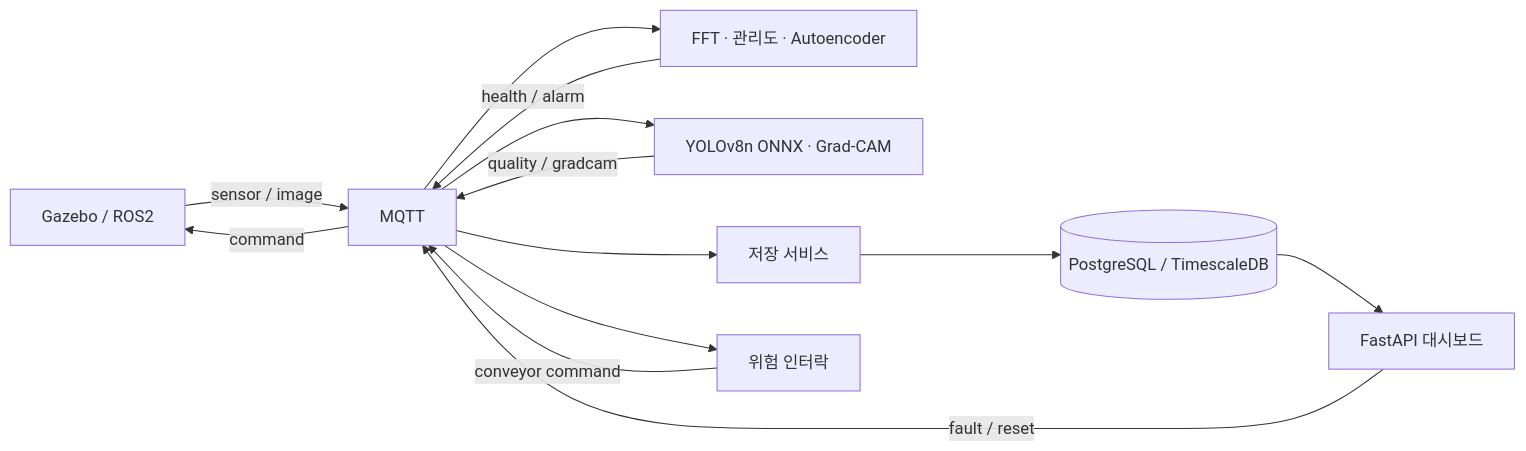
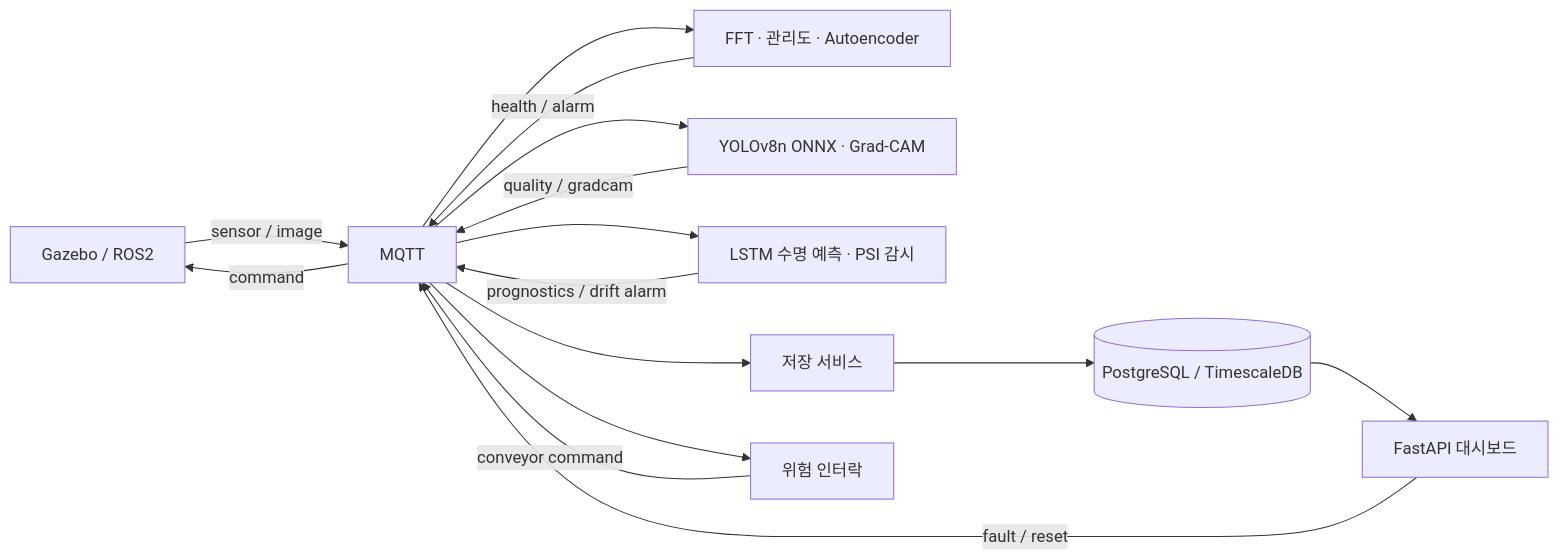
One commit to hajijiha/smart-factory-ai changed the diagram in README.md. Above: the diagram before and after it, drawn with Mermaid. The commit also changed other lines of this file and 73 other files, not shown here.

````diff
--- a/README.md
+++ b/README.md
@@ -42,15 +42,17 @@
 ```mermaid
 flowchart LR
     G[Gazebo / ROS2] -->|sensor / image| M[MQTT]
     M --> P[FFT · 관리도 · Autoencoder]
     M --> V[YOLOv8n ONNX · Grad-CAM]
     P -->|health / alarm| M
+    M --> R[LSTM 수명 예측 · PSI 감시]
+    R -->|prognostics / drift alarm| M
     V -->|quality / gradcam| M
     M --> S[저장 서비스]
     S --> DB[(PostgreSQL / TimescaleDB)]
     DB --> D[FastAPI 대시보드]
     D -->|fault / reset| M
     M --> C[위험 인터락]
     C -->|conveyor command| M
     M -->|command| G
 ```
````
